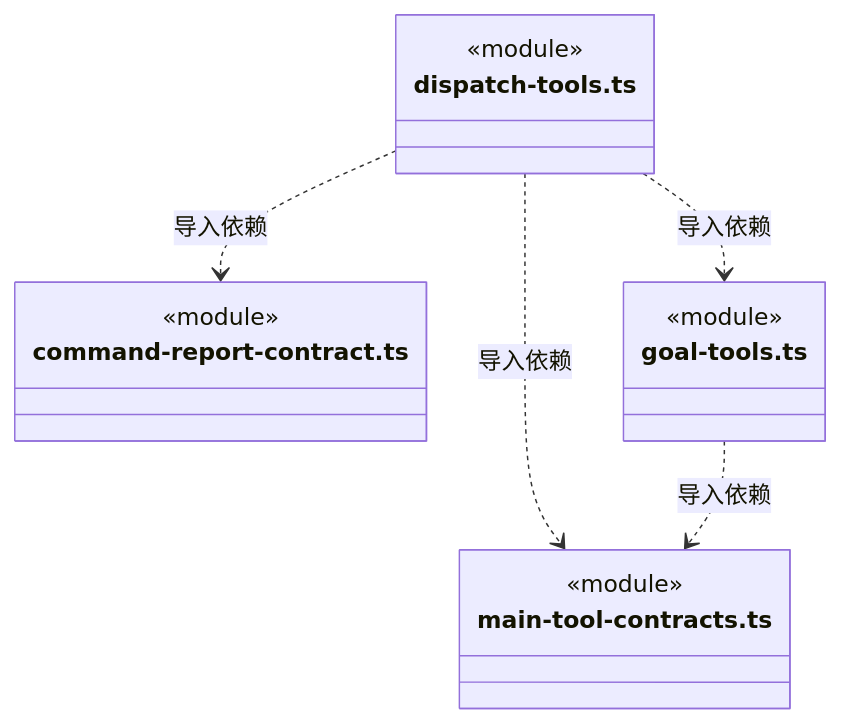
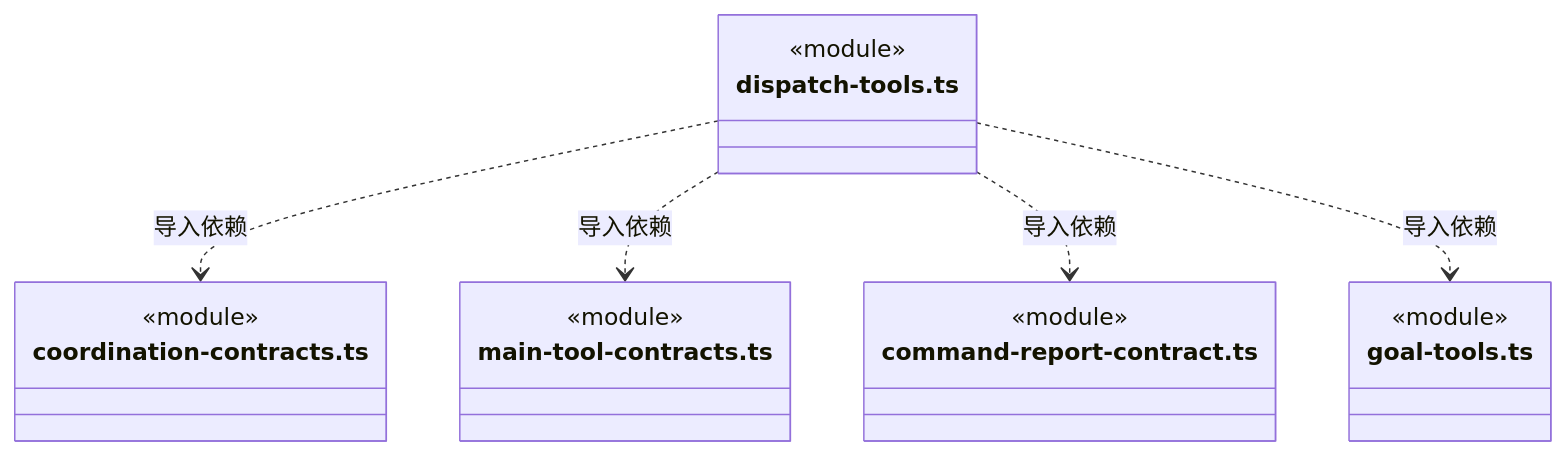
Diagram 18 of 20 in src/backend/scheduler-engine/tools/ARCHITECTURE.md (nan023062/cbim), drawn with Mermaid before and after one commit. The commit also changed other lines of this file and 44 other files, not shown here.

````diff
--- a/src/backend/scheduler-engine/tools/ARCHITECTURE.md
+++ b/src/backend/scheduler-engine/tools/ARCHITECTURE.md
@@ -351,19 +402,22 @@
 ```mermaid
 classDiagram
 class N_src_backend_scheduler_engine_tools_dispatch_tools_ts["dispatch-tools.ts"] {
+  <<module>>
+}
+class N_src_backend_scheduler_engine_tools_coordination_contracts_ts["coordination-contracts.ts"] {
   <<module>>
 }
 class N_src_backend_scheduler_engine_tools_main_tool_contracts_ts["main-tool-contracts.ts"] {
   <<module>>
 }
 class N_src_backend_scheduler_engine_tools_command_report_contract_ts["command-report-contract.ts"] {
   <<module>>
 }
 class N_src_backend_scheduler_engine_tools_goal_tools_ts["goal-tools.ts"] {
   <<module>>
 }
+N_src_backend_scheduler_engine_tools_dispatch_tools_ts ..> N_src_backend_scheduler_engine_tools_coordination_contracts_ts : 导入依赖
 N_src_backend_scheduler_engine_tools_dispatch_tools_ts ..> N_src_backend_scheduler_engine_tools_main_tool_contracts_ts : 导入依赖
 N_src_backend_scheduler_engine_tools_dispatch_tools_ts ..> N_src_backend_scheduler_engine_tools_command_report_contract_ts : 导入依赖
 N_src_backend_scheduler_engine_tools_dispatch_tools_ts ..> N_src_backend_scheduler_engine_tools_goal_tools_ts : 导入依赖
-N_src_backend_scheduler_engine_tools_goal_tools_ts ..> N_src_backend_scheduler_engine_tools_main_tool_contracts_ts : 导入依赖
 ```
````
